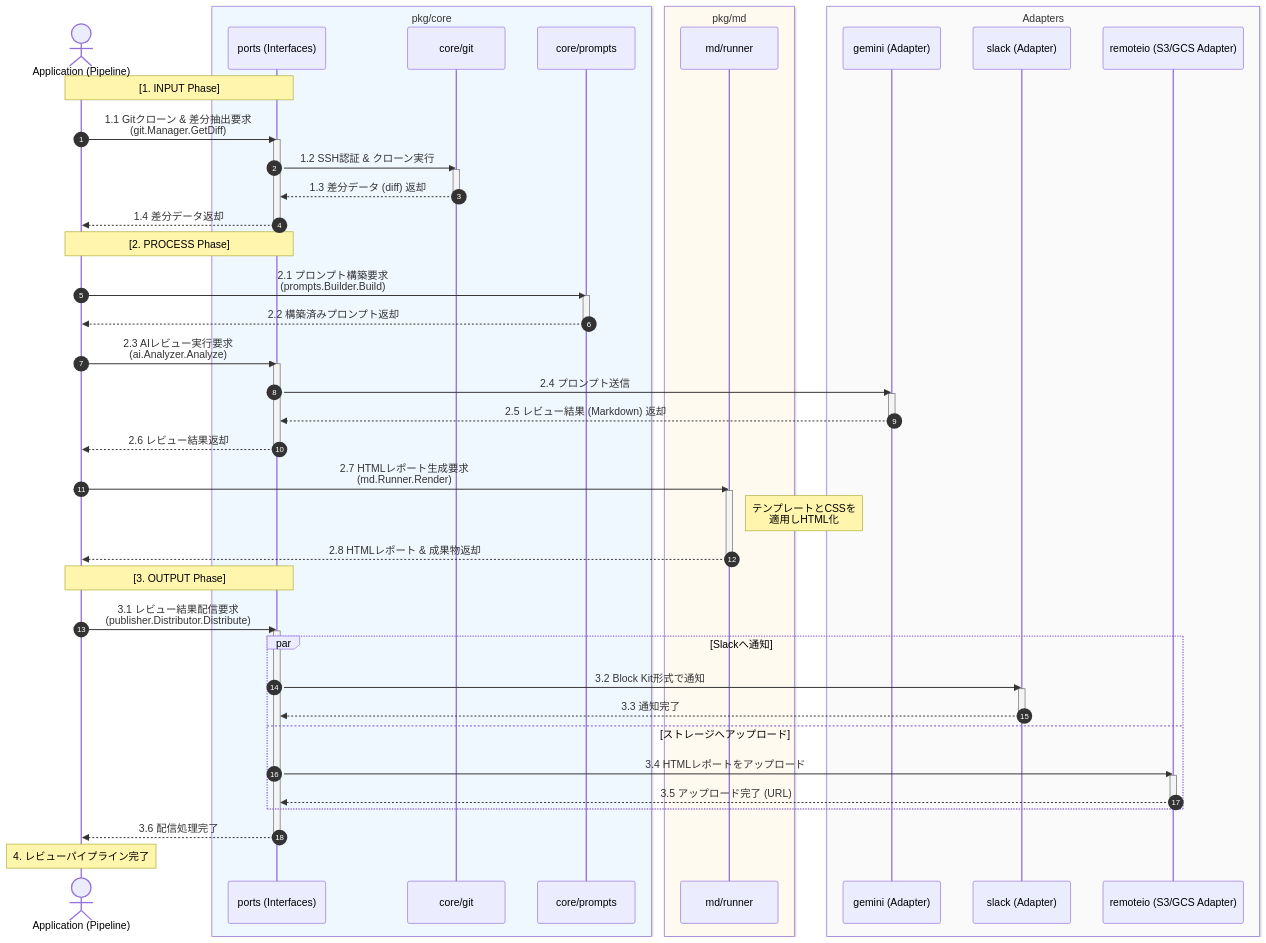
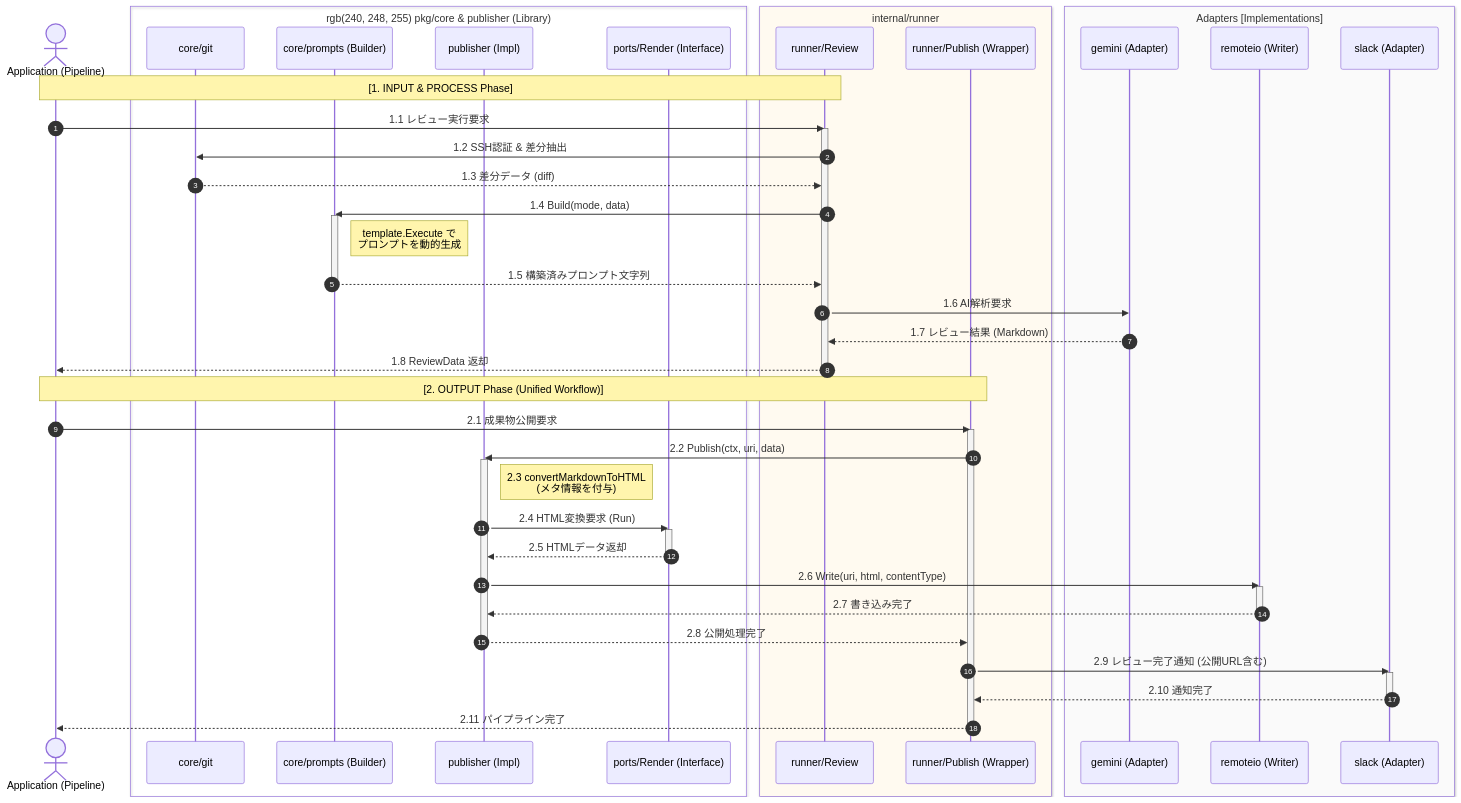
Before and after one commit to shouni/code-reviewer: the diagram in README.md, drawn with Mermaid.

Commit message:
Update README: enhance sequence diagram with new components and refine labels
- Added `runner`, `publisher`, and `Render` components to reflect current architecture.
- Refined labels and annotations for clarity (e.g., updated roles and removed redundant details).

````diff
--- a/README.md
+++ b/README.md
@@ -33,77 +33,74 @@
 ```mermaid
 sequenceDiagram
-autonumber
-actor App as Application (Pipeline)
+  autonumber
+  actor App as Application (Pipeline)
 
-    box rgb(240, 248, 255) pkg/core
-        participant Ports as ports (Interfaces)
-        participant Git as core/git
-        participant Prompts as core/prompts
-    end
+  box rgb(240, 248, 255) pkg/core & publisher (Library)
+    participant Git as core/git
+    participant Prompts as core/prompts (Builder)
+    participant Pub as publisher (Impl)
+    participant MD as ports/Render (Interface)
+  end
 
-    box rgb(255, 250, 240) pkg/md
-        participant MD as md/runner
-    end
+  box rgb(255, 250, 240) internal/runner
+    participant Review as runner/Review
+    participant AppPub as runner/Publish (Wrapper)
+  end
 
-    box rgb(250, 250, 250) Adapters
-        participant Gemini as gemini (Adapter)
-        participant Slack as slack (Adapter)
-        participant S3 as remoteio (S3/GCS Adapter)
-    end
+  box rgb(250, 250, 250) Adapters [Implementations]
+    participant Gemini as gemini (Adapter)
+    participant S3 as remoteio (Writer)
+    participant Slack as slack (Adapter)
+  end
 
-    Note over App, Ports: [1. INPUT Phase]
+  Note over App, Review: [1. INPUT & PROCESS Phase]
 
-    App->>Ports: 1.1 Gitクローン & 差分抽出要求<br/>(git.Manager.GetDiff)
-    activate Ports
-    Ports->>Git: 1.2 SSH認証 & クローン実行
-    activate Git
-    Git-->>Ports: 1.3 差分データ (diff) 返却
-    deactivate Git
-    Ports-->>App: 1.4 差分データ返却
-    deactivate Ports
+  App->>Review: 1.1 レビュー実行要求
+  activate Review
+  Review->>Git: 1.2 SSH認証 & 差分抽出
+  Git-->>Review: 1.3 差分データ (diff)
 
-    Note over App, Ports: [2. PROCESS Phase]
+%% Prompts Builder の登場
+  Review->>Prompts: 1.4 Build(mode, data)
+  activate Prompts
+  Note right of Prompts: template.Execute で<br/>プロンプトを動的生成
+  Prompts-->>Review: 1.5 構築済みプロンプト文字列
+  deactivate Prompts
 
-    App->>Prompts: 2.1 プロンプト構築要求<br/>(prompts.Builder.Build)
-    activate Prompts
-    Prompts-->>App: 2.2 構築済みプロンプト返却
-    deactivate Prompts
+  Review->>Gemini: 1.6 AI解析要求
+  Gemini-->>Review: 1.7 レビュー結果 (Markdown)
+  Review-->>App: 1.8 ReviewData 返却
+  deactivate Review
 
-    App->>Ports: 2.3 AIレビュー実行要求<br/>(ai.Analyzer.Analyze)
-    activate Ports
-    Ports->>Gemini: 2.4 プロンプト送信
-    activate Gemini
-    Gemini-->>Ports: 2.5 レビュー結果 (Markdown) 返却
-    deactivate Gemini
-    Ports-->>App: 2.6 レビュー結果返却
-    deactivate Ports
+  Note over App, AppPub: [2. OUTPUT Phase (Unified Workflow)]
 
-    App->>MD: 2.7 HTMLレポート生成要求<br/>(md.Runner.Render)
-    activate MD
-    Note right of MD: テンプレートとCSSを<br/>適用しHTML化
-    MD-->>App: 2.8 HTMLレポート & 成果物返却
-    deactivate MD
+  App->>AppPub: 2.1 成果物公開要求
+  activate AppPub
 
-    Note over App, Ports: [3. OUTPUT Phase]
+  AppPub->>Pub: 2.2 Publish(ctx, uri, data)
+  activate Pub
 
-    App->>Ports: 3.1 レビュー結果配信要求<br/>(publisher.Distributor.Distribute)
-    activate Ports
-    
-    par Slackへ通知
-        Ports->>Slack: 3.2 Block Kit形式で通知
-        activate Slack
-        Slack-->>Ports: 3.3 通知完了
-        deactivate Slack
-    and ストレージへアップロード
-        Ports->>S3: 3.4 HTMLレポートをアップロード
-        activate S3
-        S3-->>Ports: 3.5 アップロード完了 (URL)
-        deactivate S3
-    end
+  Note right of Pub: 2.3 convertMarkdownToHTML<br/>(メタ情報を付与)
 
-    Ports-->>App: 3.6 配信処理完了
-    deactivate Ports
+  Pub->>MD: 2.4 HTML変換要求 (Run)
+  activate MD
+  MD-->>Pub: 2.5 HTMLデータ返却
+  deactivate MD
 
-    Note over App: 4. レビューパイプライン完了
+  Pub->>S3: 2.6 Write(uri, html, contentType)
+  activate S3
+  S3-->>Pub: 2.7 書き込み完了
+  deactivate S3
+
+  Pub-->>AppPub: 2.8 公開処理完了
+  deactivate Pub
+
+  AppPub->>Slack: 2.9 レビュー完了通知 (公開URL含む)
+  activate Slack
+  Slack-->>AppPub: 2.10 通知完了
+  deactivate Slack
+
+  AppPub-->>App: 2.11 パイプライン完了
+  deactivate AppPub
 
 ```
````
